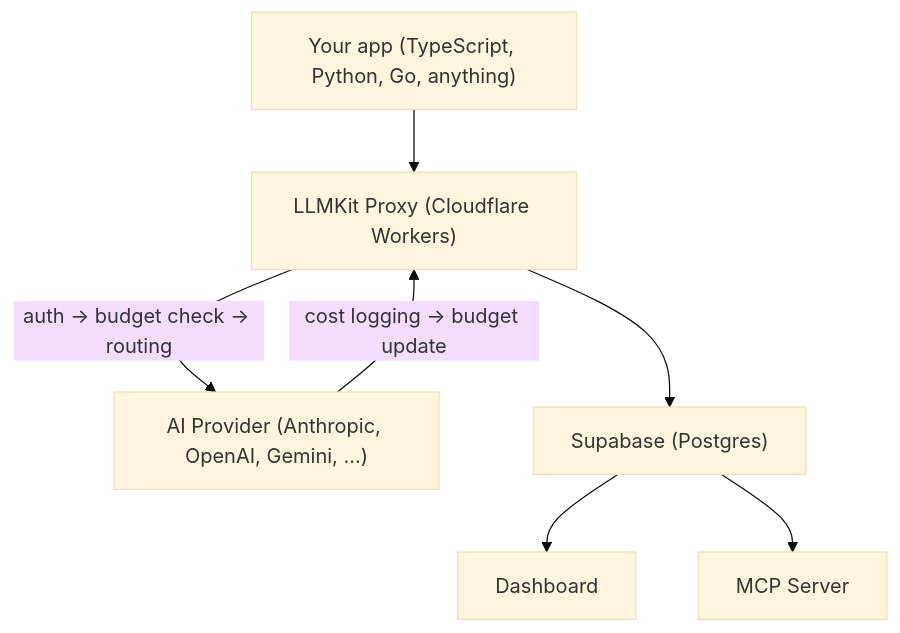
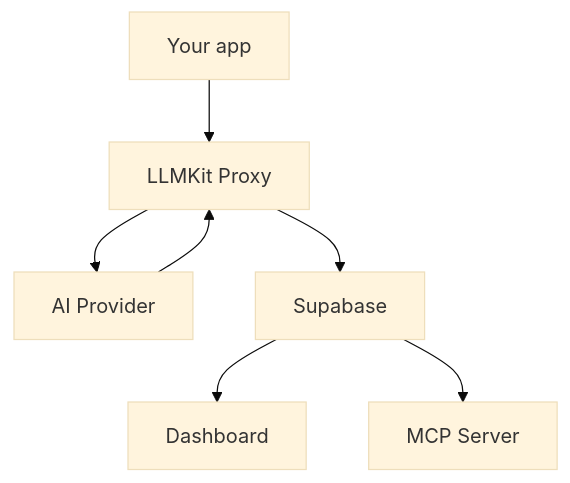
Before and after one commit to smigolsmigol/llmkit: the diagram in README.md, drawn with Mermaid (base theme). The commit also changed other lines of this file, not shown here.

````diff
--- a/README.md
+++ b/README.md
@@ -235,9 +45,9 @@
 ```mermaid
 flowchart TD
-    A["Your app (TypeScript, Python, Go, anything)"] --> B["LLMKit Proxy (Cloudflare Workers)"]
-    B --> |"auth -> budget check -> routing"| C["AI Provider (Anthropic, OpenAI, Gemini, ...)"]
-    C --> |"cost logging -> budget update"| B
-    B --> D["Supabase (Postgres)"]
+    A["Your app"] --> B["LLMKit Proxy"]
+    B --> C["AI Provider"]
+    C --> B
+    B --> D["Supabase"]
     D --> E["Dashboard"]
     D --> F["MCP Server"]
 ```
````
